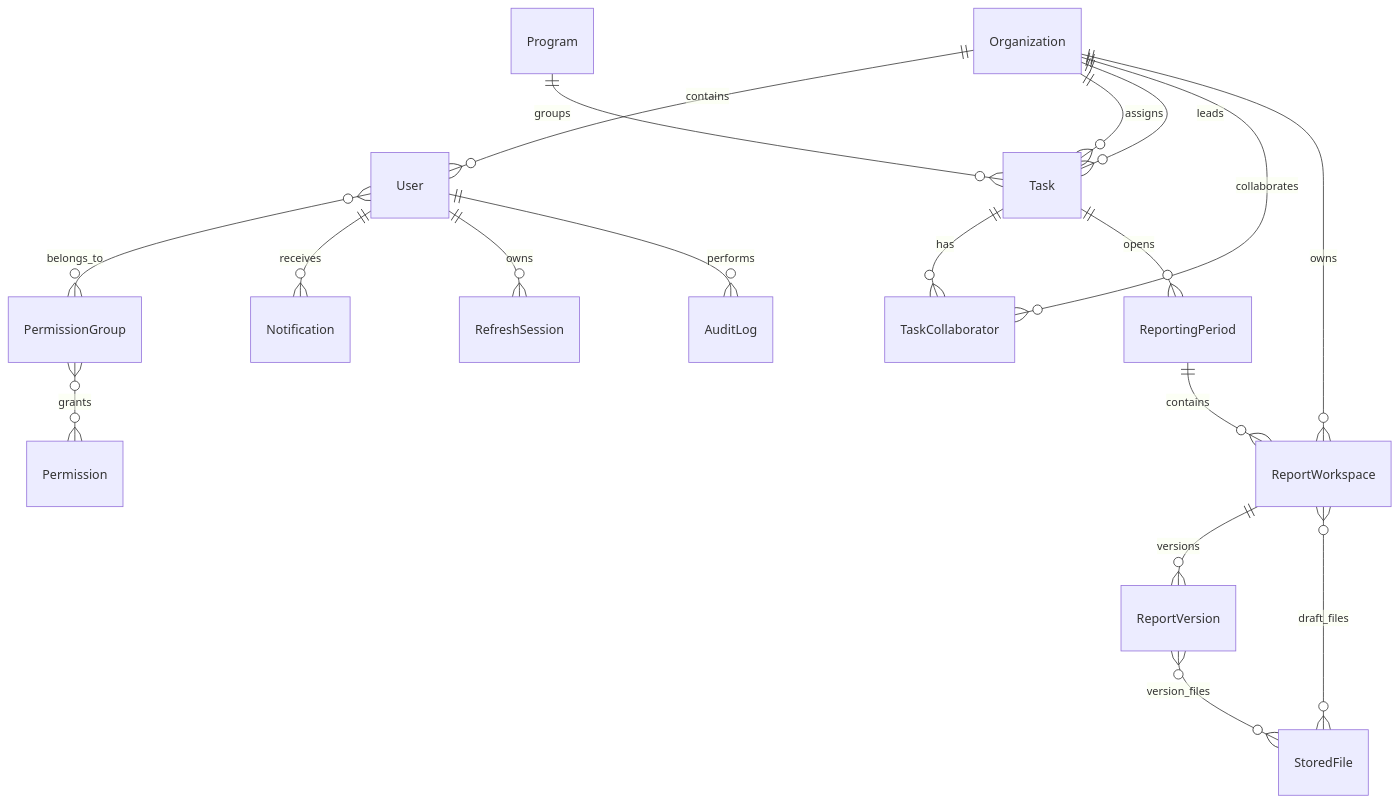
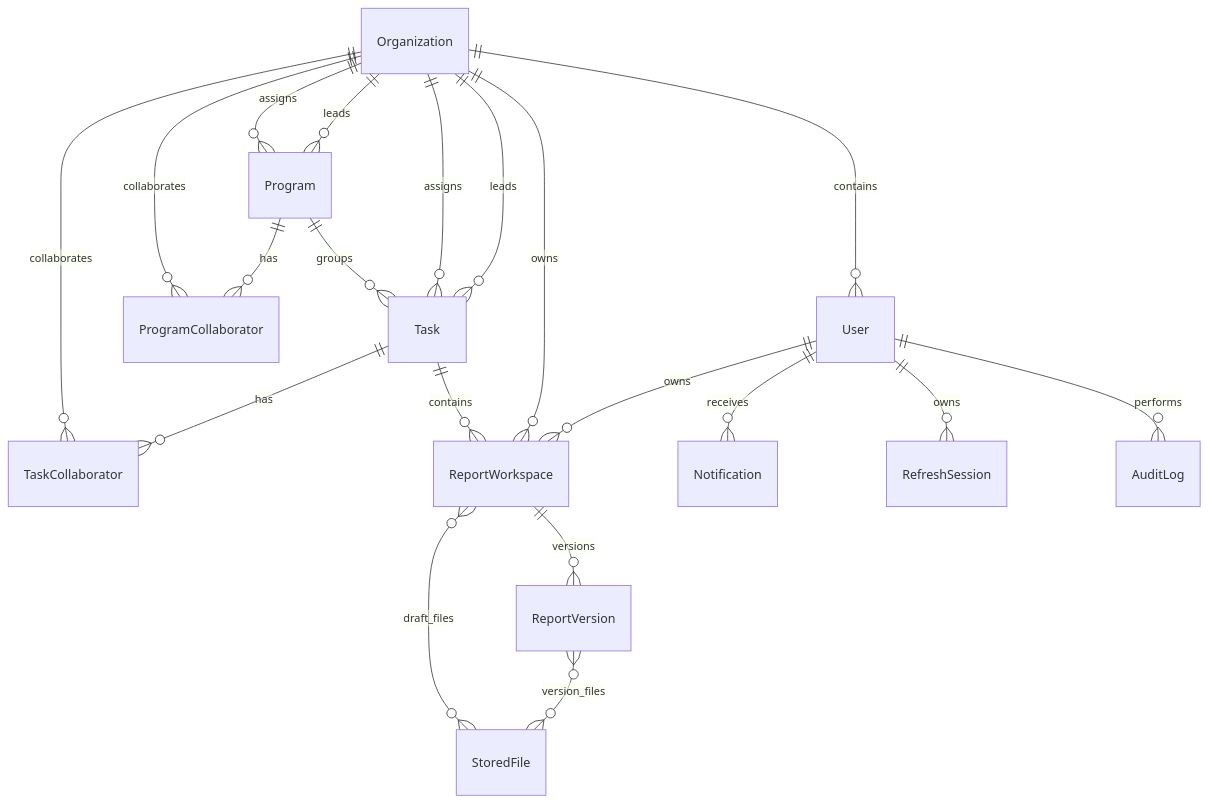
One commit to tuyennd99/cham-diem-ocop changed the fifth of 5 diagrams in docs/backend-architecture.md. Above: the diagram before and after it, drawn with Mermaid. The commit also changed other lines of this file and 8 other files, not shown here.

First line of the commit message:
docs(be): architecture reflects per-task organization assignment

````diff
--- a/docs/backend-architecture.md
+++ b/docs/backend-architecture.md
@@ -232,20 +294,22 @@
 ```mermaid
 erDiagram
     Organization ||--o{ User : contains
+    Organization ||--o{ Program : assigns
+    Organization ||--o{ Program : leads
+    Organization ||--o{ ProgramCollaborator : collaborates
+    Program ||--o{ ProgramCollaborator : has
+    Program ||--o{ Task : groups
     Organization ||--o{ Task : assigns
     Organization ||--o{ Task : leads
-    User }o--o{ PermissionGroup : belongs_to
-    PermissionGroup }o--o{ Permission : grants
-    Program ||--o{ Task : groups
+    Organization ||--o{ TaskCollaborator : collaborates
     Task ||--o{ TaskCollaborator : has
-    Organization ||--o{ TaskCollaborator : collaborates
-    Task ||--o{ ReportingPeriod : opens
-    ReportingPeriod ||--o{ ReportWorkspace : contains
+    Task ||--o{ ReportWorkspace : contains
     Organization ||--o{ ReportWorkspace : owns
+    User ||--o{ ReportWorkspace : owns
     ReportWorkspace ||--o{ ReportVersion : versions
     ReportWorkspace }o--o{ StoredFile : draft_files
     ReportVersion }o--o{ StoredFile : version_files
     User ||--o{ Notification : receives
     User ||--o{ RefreshSession : owns
     User ||--o{ AuditLog : performs
 ```
````
